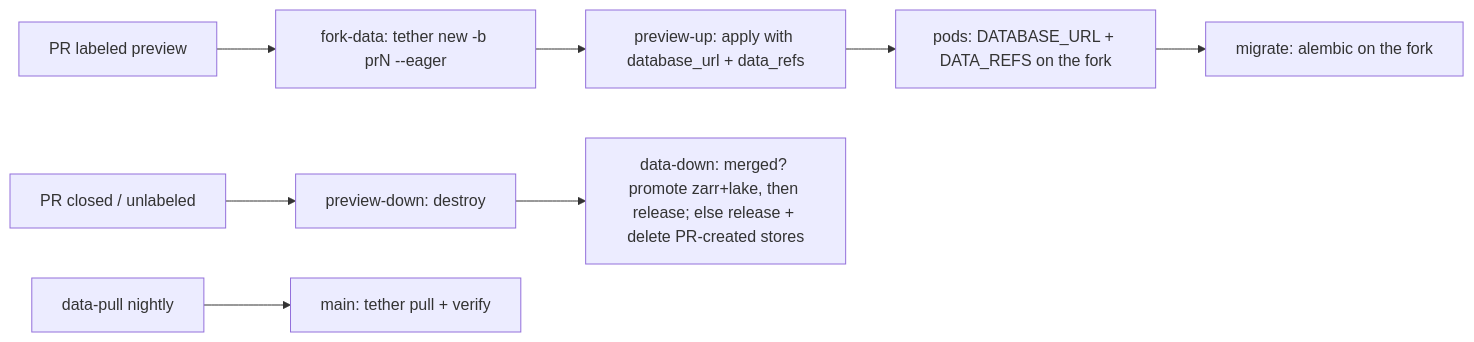
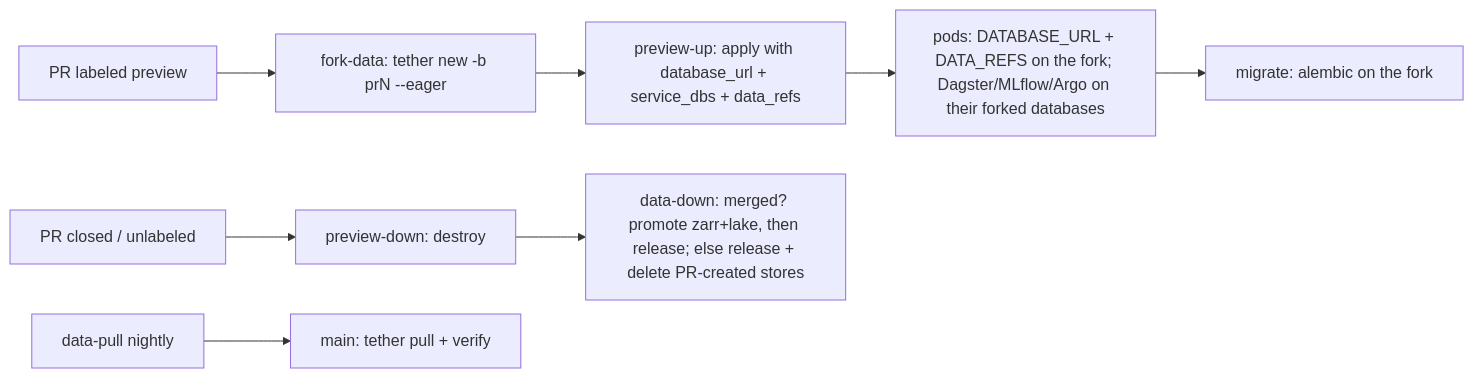
Before and after one commit to Rosebud-Biosciences/lab-platform-template-app: the second of 2 diagrams in README.md, drawn with Mermaid. The commit also changed other lines of this file and 12 other files, not shown here.

Commit message:
preview: stamp MLflow and Argo on branched databases; service_dbs replaces dagster_db_*; db/mlflow + db/argo tether objects; per-preview MLflow artifacts; inherited sessions purged; auth = headers

````diff
--- a/README.md
+++ b/README.md
@@ -262,10 +311,10 @@
 ```mermaid
 flowchart LR
   Label[PR labeled preview] --> Fork[fork-data: tether new -b prN --eager]
-  Fork --> Up[preview-up: apply with database_url + data_refs]
-  Up --> Pods[pods: DATABASE_URL + DATA_REFS on the fork]
+  Fork --> Up[preview-up: apply with database_url + service_dbs + data_refs]
+  Up --> Pods[pods: DATABASE_URL + DATA_REFS on the fork; Dagster/MLflow/Argo on their forked databases]
   Pods --> Migrate[migrate: alembic on the fork]
   Close[PR closed / unlabeled] --> Destroy[preview-down: destroy]
   Destroy --> DataDown[data-down: merged? promote zarr+lake, then release; else release + delete PR-created stores]
   Nightly[data-pull nightly] --> Main[main: tether pull + verify]
 ```
````
